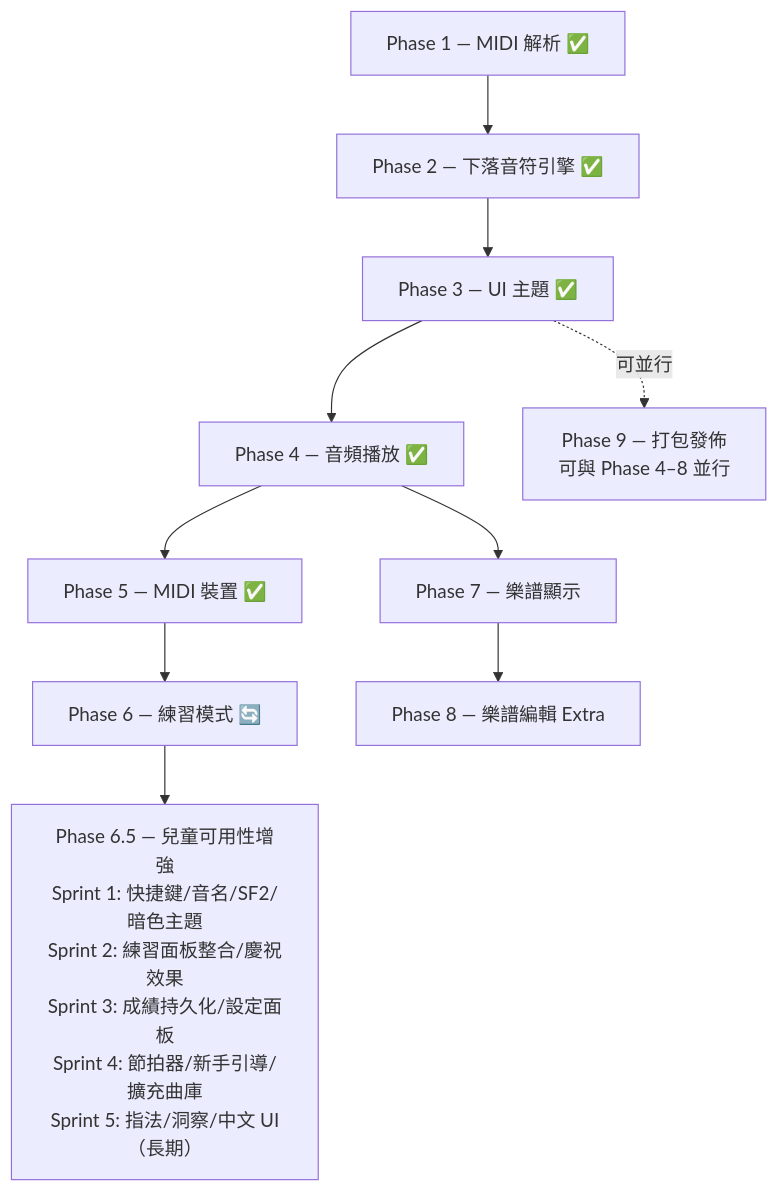
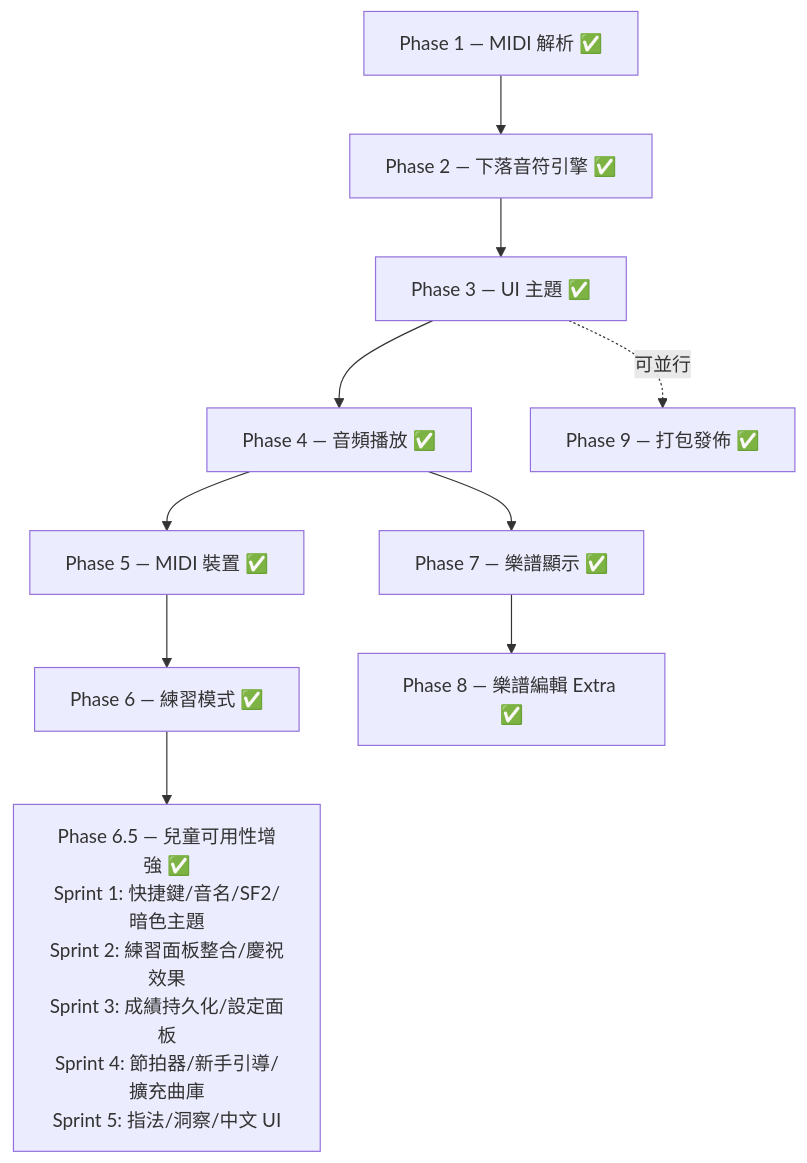
Before and after one commit to EndeavorYen/Rexiano: the sixth of 6 diagrams in docs/DESIGN.md, drawn with Mermaid. The commit also changed other lines of this file and 3 other files, not shown here.

Commit message:
Sync roadmap and design completion status (#140)

````diff
--- a/docs/DESIGN.md
+++ b/docs/DESIGN.md
@@ -1130,18 +1126,18 @@
 ```mermaid
 graph TD
     P1["Phase 1 — MIDI 解析 ✅"]
     P2["Phase 2 — 下落音符引擎 ✅"]
     P3["Phase 3 — UI 主題 ✅"]
     P4["Phase 4 — 音頻播放 ✅"]
     P5["Phase 5 — MIDI 裝置 ✅"]
-    P6["Phase 6 — 練習模式 🔄"]
-    P65["Phase 6.5 — 兒童可用性增強\nSprint 1: 快捷鍵/音名/SF2/暗色主題\nSprint 2: 練習面板整合/慶祝效果\nSprint 3: 成績持久化/設定面板\nSprint 4: 節拍器/新手引導/擴充曲庫\nSprint 5: 指法/洞察/中文 UI（長期）"]
-    P7["Phase 7 — 樂譜顯示"]
-    P8["Phase 8 — 樂譜編輯 Extra"]
-    P9["Phase 9 — 打包發佈\n可與 Phase 4–8 並行"]
+    P6["Phase 6 — 練習模式 ✅"]
+    P65["Phase 6.5 — 兒童可用性增強 ✅\nSprint 1: 快捷鍵/音名/SF2/暗色主題\nSprint 2: 練習面板整合/慶祝效果\nSprint 3: 成績持久化/設定面板\nSprint 4: 節拍器/新手引導/擴充曲庫\nSprint 5: 指法/洞察/中文 UI"]
+    P7["Phase 7 — 樂譜顯示 ✅"]
+    P8["Phase 8 — 樂譜編輯 Extra ✅"]
+    P9["Phase 9 — 打包發佈 ✅"]
 
     P1 --> P2 --> P3
     P3 --> P4 --> P5 --> P6 --> P65
     P4 --> P7 --> P8
     P3 -.->|可並行| P9
 ```
````
